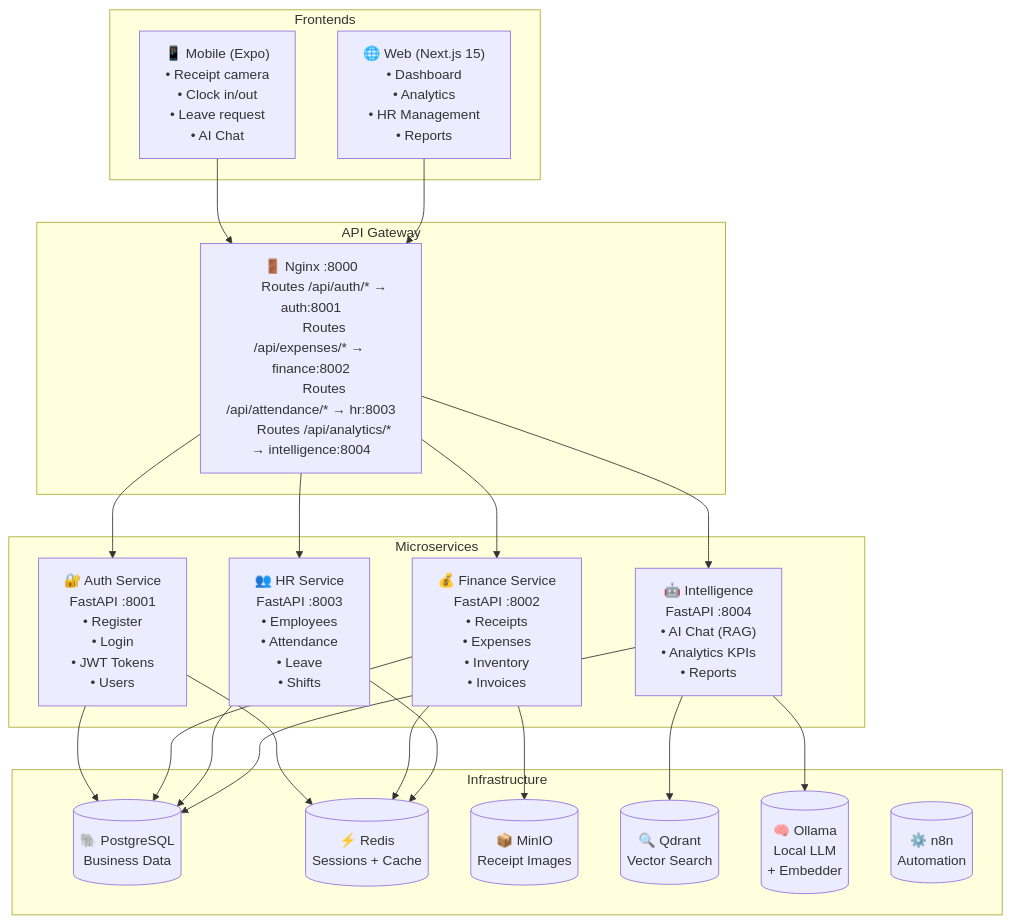
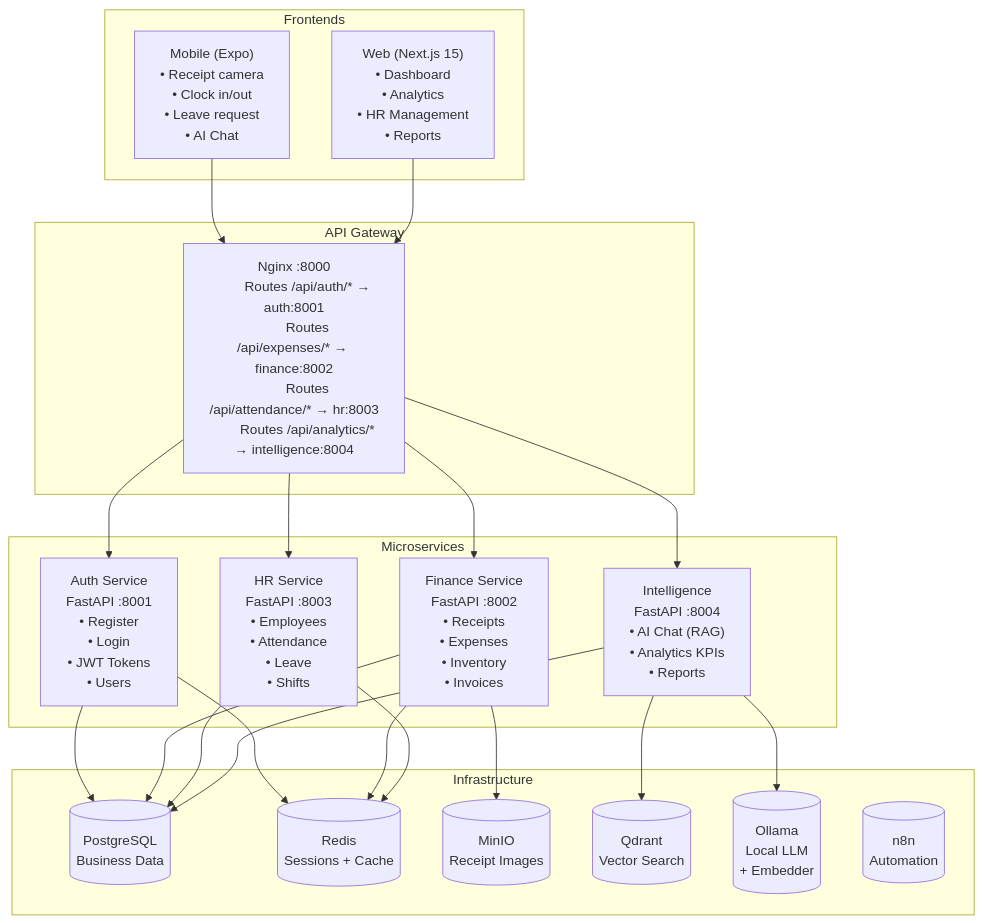
The diagram in README.md (lqmnwido/ReceiptBuddy), drawn with Mermaid before and after one commit.

Commit message:
Remove icons from Mermaid architecture diagram

````diff
--- a/README.md
+++ b/README.md
@@ -29,82 +29,82 @@
 ```mermaid
 graph TB
     subgraph Frontends["Frontends"]
-        MOBILE["📱 Mobile (Expo)
+        MOBILE["Mobile (Expo)
         • Receipt camera
         • Clock in/out
         • Leave request
         • AI Chat"]
-        WEB["🌐 Web (Next.js 15)
+        WEB["Web (Next.js 15)
         • Dashboard
         • Analytics
         • HR Management
         • Reports"]
     end
 
     subgraph Gateway["API Gateway"]
-        GW["🚪 Nginx :8000
+        GW["Nginx :8000
         Routes /api/auth/* → auth:8001
         Routes /api/expenses/* → finance:8002
         Routes /api/attendance/* → hr:8003
         Routes /api/analytics/* → intelligence:8004"]
     end
 
     subgraph Services["Microservices"]
-        AUTH["🔐 Auth Service
+        AUTH["Auth Service
         FastAPI :8001
         • Register
         • Login
         • JWT Tokens
         • Users"]
-        FIN["💰 Finance Service
+        FIN["Finance Service
         FastAPI :8002
         • Receipts
         • Expenses
         • Inventory
         • Invoices"]
-        HR["👥 HR Service
+        HR["HR Service
         FastAPI :8003
         • Employees
         • Attendance
         • Leave
         • Shifts"]
-        INTEL["🤖 Intelligence
+        INTEL["Intelligence
         FastAPI :8004
         • AI Chat (RAG)
         • Analytics KPIs
         • Reports"]
     end
 
     subgraph Infrastructure["Infrastructure"]
-        PG[("🐘 PostgreSQL
+        PG[("PostgreSQL
         Business Data")]
-        REDIS[("⚡ Redis
+        REDIS[("Redis
         Sessions + Cache")]
-        MINIO[("📦 MinIO
+        MINIO[("MinIO
         Receipt Images")]
-        QDRANT[("🔍 Qdrant
+        QDRANT[("Qdrant
         Vector Search")]
-        OLLAMA[("🧠 Ollama
+        OLLAMA[("Ollama
         Local LLM
         + Embedder")]
-        N8N[("⚙️ n8n
+        N8N[("n8n
         Automation")]
     end
 
     MOBILE --> GW
     WEB --> GW
     GW --> AUTH
     GW --> FIN
     GW --> HR
     GW --> INTEL
     AUTH --> PG
     AUTH --> REDIS
     FIN --> PG
     FIN --> REDIS
     FIN --> MINIO
     HR --> PG
     HR --> REDIS
     INTEL --> PG
     INTEL --> QDRANT
     INTEL --> OLLAMA
 ```
````
